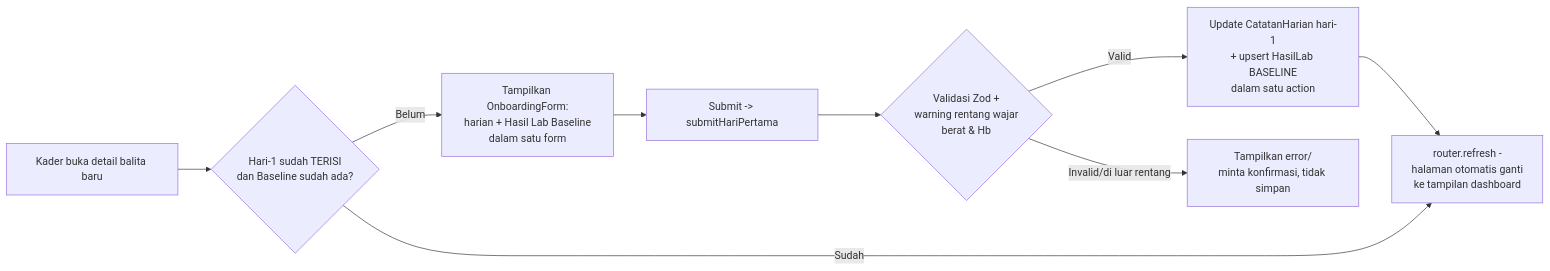
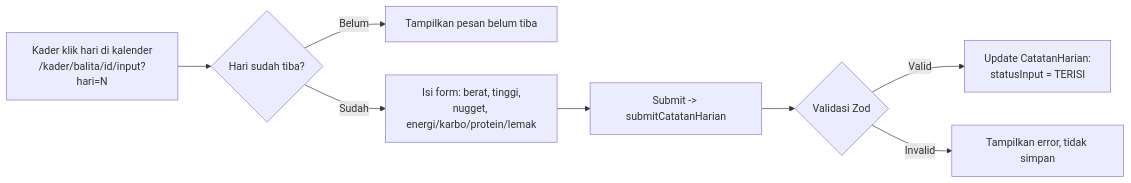
The third of 4 diagrams in architecture.md (Makipak/pakanBayi), drawn with Mermaid before and after one commit. The commit also changed other lines of this file and 8 other files, not shown here.

First line of the commit message:
Hapus gating hari-1; kunci Baseline setelah terisi, fokus Endline

````diff
--- a/architecture.md
+++ b/architecture.md
@@ -169,11 +167,10 @@
 ```mermaid
 graph LR
-    A[Kader buka detail balita baru] --> B{Hari-1 sudah TERISI\ndan Baseline sudah ada?}
-    B -->|Belum| C[Tampilkan OnboardingForm:\nharian + Hasil Lab Baseline\ndalam satu form]
-    C --> D[Submit -> submitHariPertama]
-    D --> E{Validasi Zod +\nwarning rentang wajar\nberat & Hb}
-    E -->|Valid| F[Update CatatanHarian hari-1\n+ upsert HasilLab BASELINE\ndalam satu action]
-    E -->|Invalid/di luar rentang| G[Tampilkan error/\nminta konfirmasi, tidak simpan]
-    F --> H[router.refresh -\nhalaman otomatis ganti\nke tampilan dashboard]
-    B -->|Sudah| H
+    A[Kader klik hari di kalender\n/kader/balita/id/input?hari=N] --> B{Hari sudah tiba?}
+    B -->|Belum| C[Tampilkan pesan belum tiba]
+    B -->|Sudah| D[Isi form: berat, tinggi,\nnugget, energi/karbo/protein/lemak]
+    D --> E[Submit -> submitCatatanHarian]
+    E --> F{Validasi Zod}
+    F -->|Valid| G[Update CatatanHarian:\nstatusInput = TERISI]
+    F -->|Invalid| H[Tampilkan error, tidak simpan]
 ```
````
